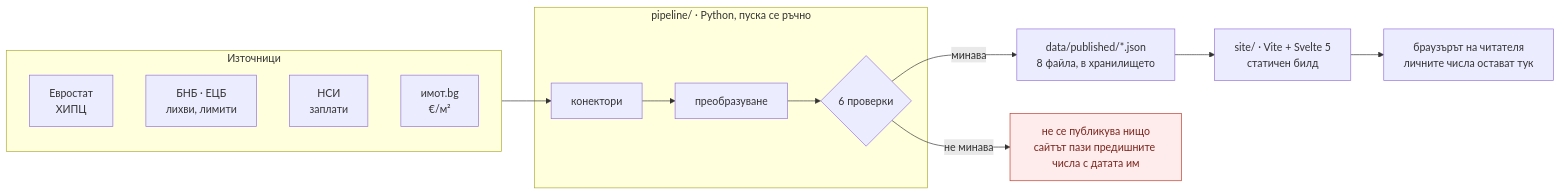
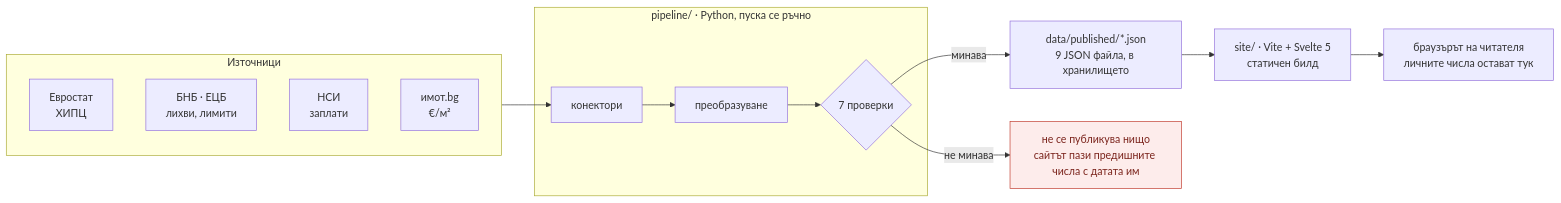
One commit to vyarno-bg/vyarno changed the diagram in README.bg.md. Above: the diagram before and after it, drawn with Mermaid. The commit also changed other lines of this file and 14 other files, not shown here.

````diff
--- a/README.bg.md
+++ b/README.bg.md
@@ -121,25 +122,25 @@
 ```mermaid
 flowchart LR
   subgraph up["Източници"]
     E["Евростат<br/>ХИПЦ"]
     B["БНБ · ЕЦБ<br/>лихви, лимити"]
     N["НСИ<br/>заплати"]
     I["имот.bg<br/>€/м²"]
   end
 
   subgraph pipe["pipeline/ · Python, пуска се ръчно"]
-    C["конектори"] --> T["преобразуване"] --> G{"6 проверки"}
+    C["конектори"] --> T["преобразуване"] --> G{"7 проверки"}
   end
 
-  J["data/published/*.json<br/>8 файла, в хранилището"]
+  J["data/published/*.json<br/>9 JSON файла, в хранилището"]
   S["site/ · Vite + Svelte 5<br/>статичен билд"]
   U["браузърът на читателя<br/>личните числа остават тук"]
 
   up --> C
   G -->|"минава"| J
   G -->|"не минава"| X["не се публикува нищо<br/>сайтът пази предишните числа с датата им"]
   J --> S --> U
 
   classDef stop fill:#fdeceb,stroke:#c0392b,color:#7b241c;
   class X stop;
 ```
````
